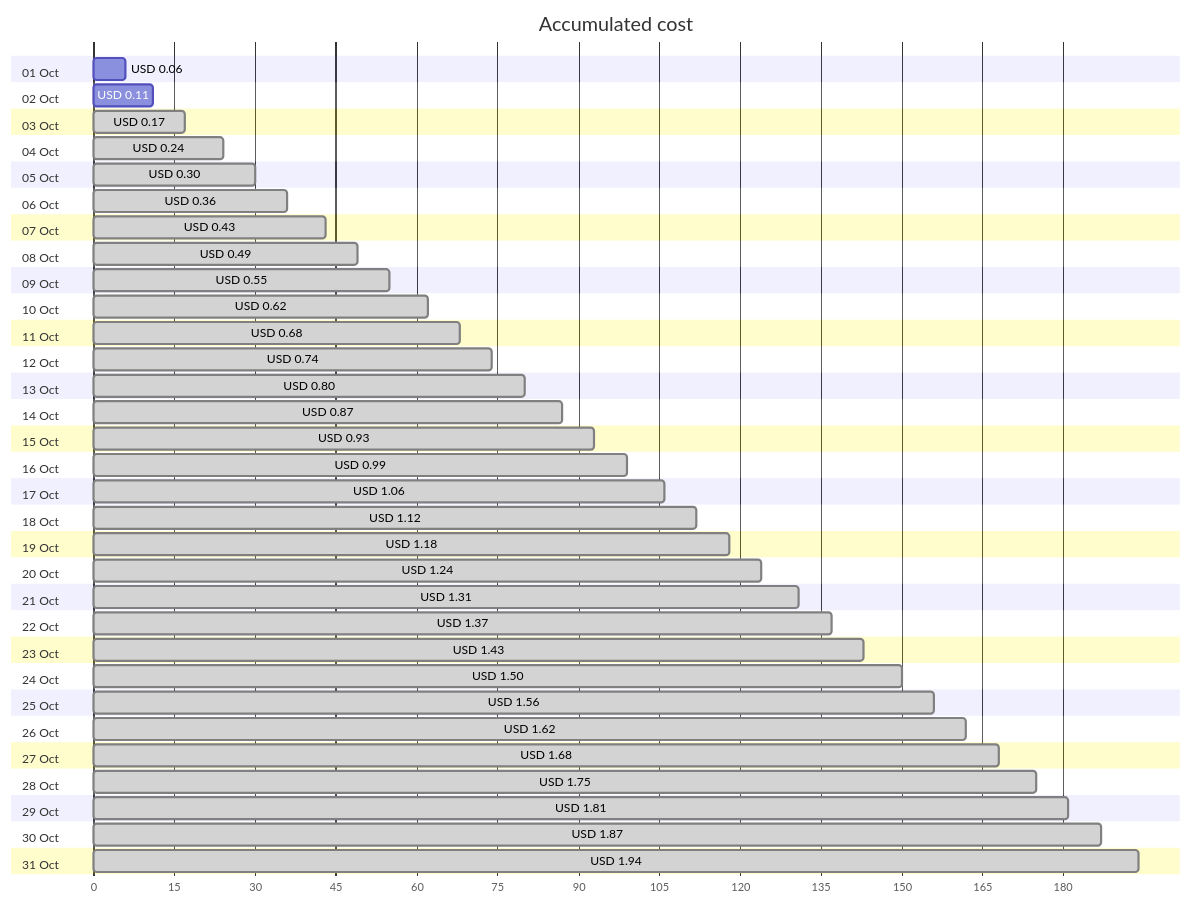
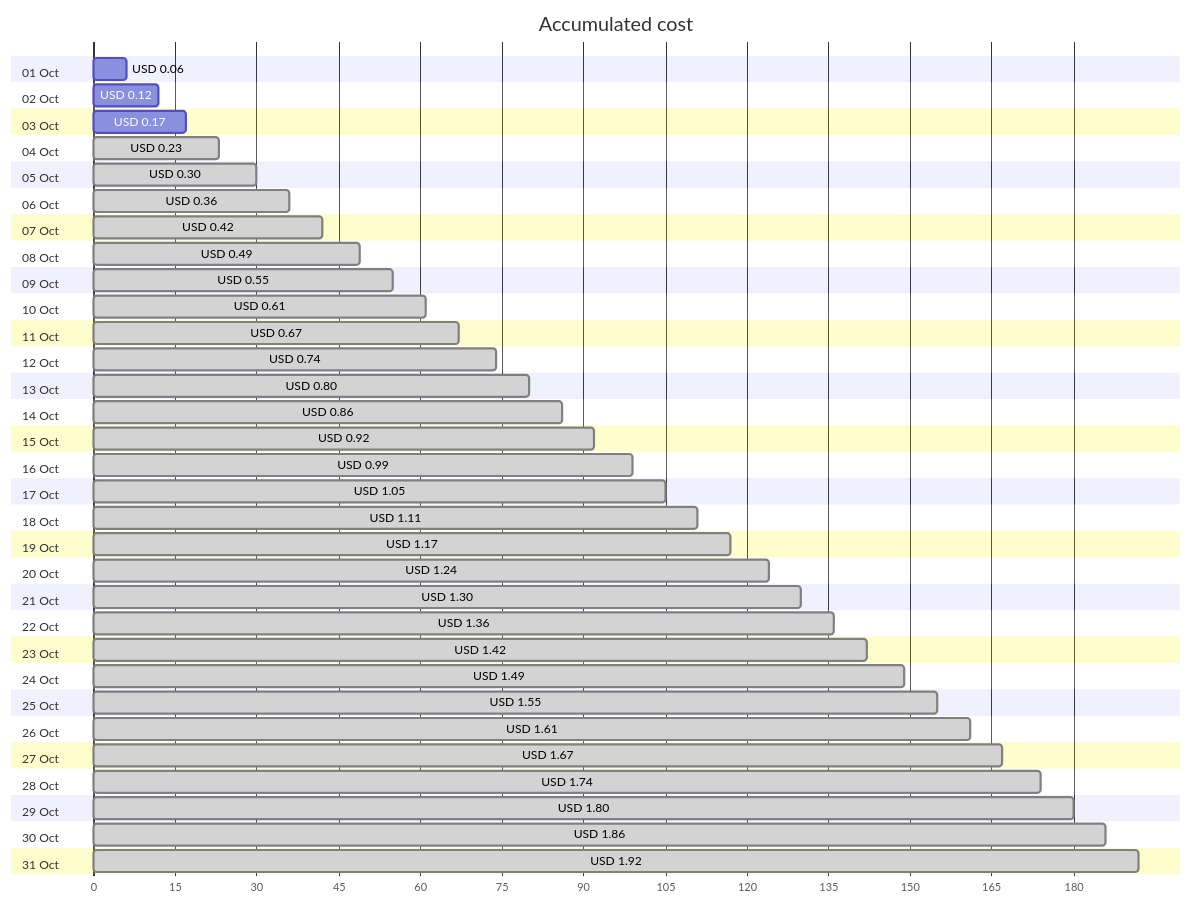
The first of 4 diagrams in cost-reports/personal-network/backup-server_OsDisk.md (jpfulton/azure-personal-reports), drawn with Mermaid before and after one commit. The commit also changed other lines of this file and 8 other files, not shown here.

````diff
--- a/cost-reports/personal-network/backup-server_OsDisk.md
+++ b/cost-reports/personal-network/backup-server_OsDisk.md
@@ -20,68 +20,68 @@
 ```mermaid
 gantt
    title Accumulated cost
    dateFormat  X
    axisFormat %s
    section 01 Oct
    USD 0.06 :0, 6
    section 02 Oct
-   USD 0.11 :0, 11
+   USD 0.12 :0, 12
    section 03 Oct
-   USD 0.17 : done, 0, 17
+   USD 0.17 :0, 17
    section 04 Oct
-   USD 0.24 : done, 0, 24
+   USD 0.23 : done, 0, 23
    section 05 Oct
    USD 0.30 : done, 0, 30
    section 06 Oct
    USD 0.36 : done, 0, 36
    section 07 Oct
-   USD 0.43 : done, 0, 43
+   USD 0.42 : done, 0, 42
    section 08 Oct
    USD 0.49 : done, 0, 49
    section 09 Oct
    USD 0.55 : done, 0, 55
    section 10 Oct
-   USD 0.62 : done, 0, 62
+   USD 0.61 : done, 0, 61
    section 11 Oct
-   USD 0.68 : done, 0, 68
+   USD 0.67 : done, 0, 67
    section 12 Oct
    USD 0.74 : done, 0, 74
    section 13 Oct
    USD 0.80 : done, 0, 80
    section 14 Oct
-   USD 0.87 : done, 0, 87
+   USD 0.86 : done, 0, 86
    section 15 Oct
-   USD 0.93 : done, 0, 93
+   USD 0.92 : done, 0, 92
    section 16 Oct
    USD 0.99 : done, 0, 99
    section 17 Oct
-   USD 1.06 : done, 0, 106
+   USD 1.05 : done, 0, 105
    section 18 Oct
-   USD 1.12 : done, 0, 112
+   USD 1.11 : done, 0, 111
    section 19 Oct
-   USD 1.18 : done, 0, 118
+   USD 1.17 : done, 0, 117
    section 20 Oct
    USD 1.24 : done, 0, 124
    section 21 Oct
-   USD 1.31 : done, 0, 131
+   USD 1.30 : done, 0, 130
    section 22 Oct
-   USD 1.37 : done, 0, 137
+   USD 1.36 : done, 0, 136
    section 23 Oct
-   USD 1.43 : done, 0, 143
+   USD 1.42 : done, 0, 142
    section 24 Oct
-   USD 1.50 : done, 0, 150
+   USD 1.49 : done, 0, 149
    section 25 Oct
-   USD 1.56 : done, 0, 156
+   USD 1.55 : done, 0, 155
    section 26 Oct
-   USD 1.62 : done, 0, 162
+   USD 1.61 : done, 0, 161
    section 27 Oct
-   USD 1.68 : done, 0, 168
+   USD 1.67 : done, 0, 167
    section 28 Oct
-   USD 1.75 : done, 0, 175
+   USD 1.74 : done, 0, 174
    section 29 Oct
-   USD 1.81 : done, 0, 181
+   USD 1.80 : done, 0, 180
    section 30 Oct
-   USD 1.87 : done, 0, 187
+   USD 1.86 : done, 0, 186
    section 31 Oct
-   USD 1.94 : done, 0, 194
+   USD 1.92 : done, 0, 192
 ```
````
